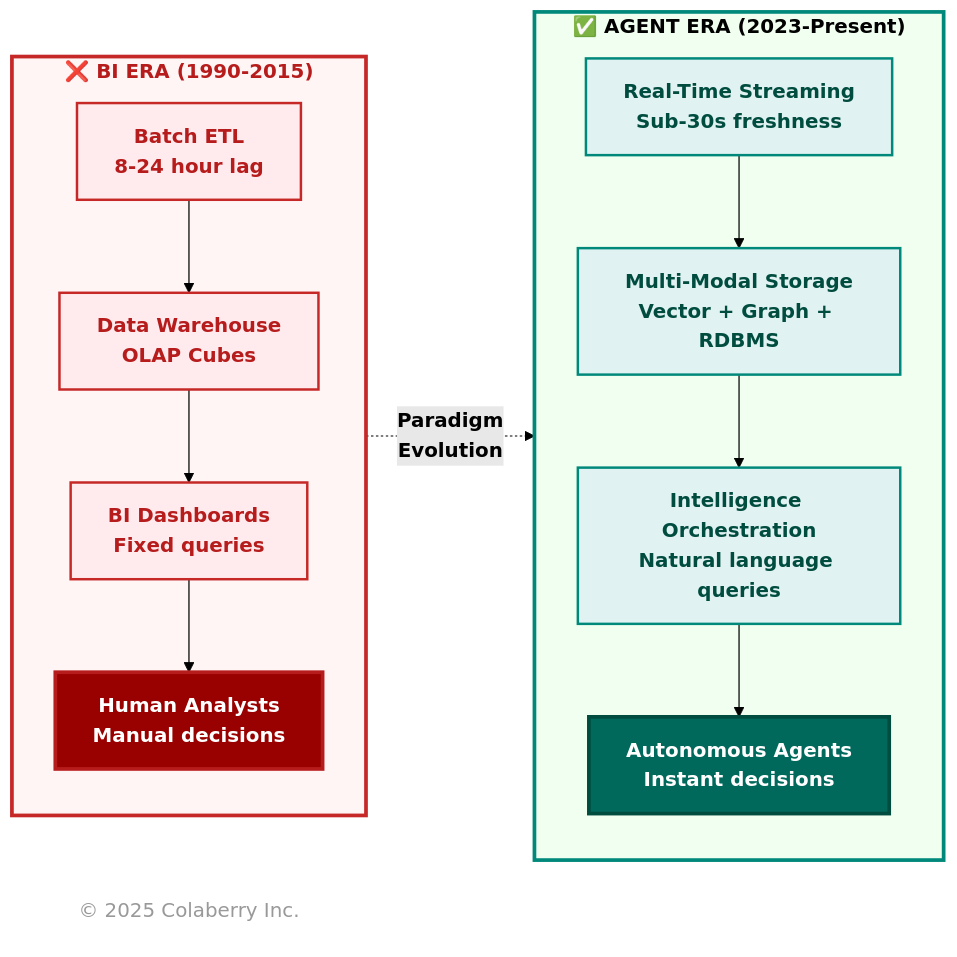
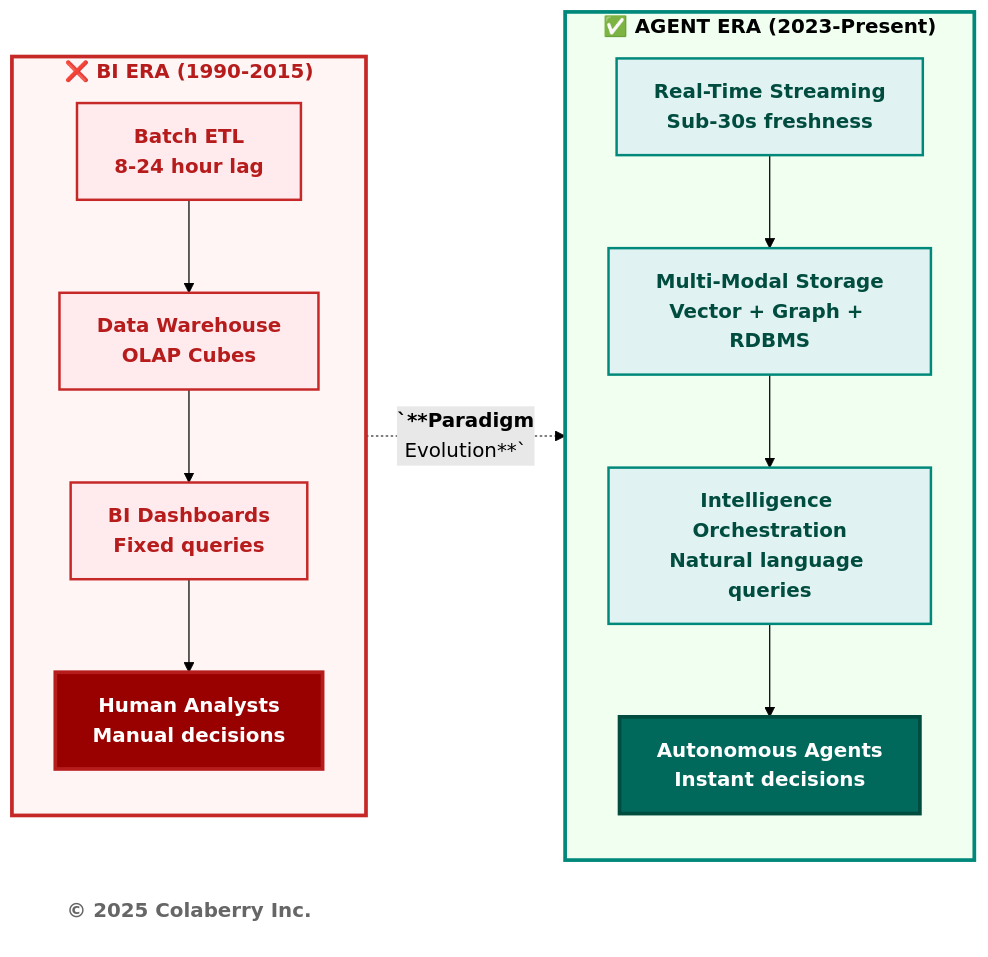
Before and after one commit to colaberry/enterprise-data-readiness-ai-agents: diagram 17 of 18 in chapter-01/chapter_1_complete.md, drawn with Mermaid (forest theme). The commit also changed other lines of this file and 1 other file, not shown here.

First line of the commit message:
chapter 1 diagrams updated to mermaid codex

````diff
--- a/chapter-01/chapter_1_complete.md
+++ b/chapter-01/chapter_1_complete.md
@@ -3117,44 +3053,44 @@
 ```mermaid
 graph LR
     subgraph bi["<b>❌ BI ERA (1990-2015)</b>"]
         direction TB
         BI1["<b>Batch ETL</b><br/><b>8-24 hour lag</b>"]
         BI2["<b>Data Warehouse</b><br/><b>OLAP Cubes</b>"]
         BI3["<b>BI Dashboards</b><br/><b>Fixed queries</b>"]
         BI4["<b>Human Analysts</b><br/><b>Manual decisions</b>"]
         
         BI1 --> BI2 --> BI3 --> BI4
     end
     
     subgraph agent["<b>✅ AGENT ERA (2023-Present)</b>"]
         direction TB
         A1["<b>Real-Time Streaming</b><br/><b>Sub-30s freshness</b>"]
         A2["<b>Multi-Modal Storage</b><br/><b>Vector + Graph + RDBMS</b>"]
         A3["<b>Intelligence Orchestration</b><br/><b>Natural language queries</b>"]
         A4["<b>Autonomous Agents</b><br/><b>Instant decisions</b>"]
         
         A1 --> A2 --> A3 --> A4
     end
     
-    BI4 -.->|"`**Paradigm<br/>Evolution**`"| A4
+    BI4 -.->|"<b>`**Paradigm</b><br/>Evolution**`</b>"| A4
     
     %% Link styling
     
     style bi fill:#fff5f5,stroke:#c62828,stroke-width:3px,color:#b71c1c
     style agent fill:#f0fff0,stroke:#00897b,stroke-width:3px,color:#000000
     
     style BI1 fill:#ffebee,stroke:#c62828,stroke-width:2px,color:#b71c1c
     style BI2 fill:#ffebee,stroke:#c62828,stroke-width:2px,color:#b71c1c
     style BI3 fill:#ffebee,stroke:#c62828,stroke-width:2px,color:#b71c1c
     style BI4 fill:#990000,color:#ffffff,stroke:#b71c1c,stroke-width:3px
     
     style A1 fill:#e0f2f1,stroke:#00897b,stroke-width:2px,color:#004d40
     style A2 fill:#e0f2f1,stroke:#00897b,stroke-width:2px,color:#004d40
     style A3 fill:#e0f2f1,stroke:#00897b,stroke-width:2px,color:#004d40
     style A4 fill:#00695c,color:#ffffff,stroke:#004d40,stroke-width:3px
 
     %% Copyright Notice
-    CR["© 2025 Colaberry Inc."]
-    style CR fill:none,stroke:none,color:#999999
+    CR["<b>© 2025 Colaberry Inc.</b>"]
+    style CR fill:#ffffff,stroke:none,color:#666666
 
 ```
````
